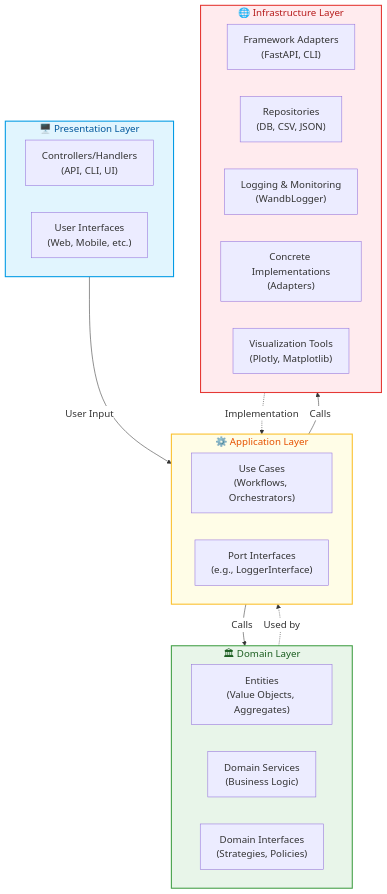
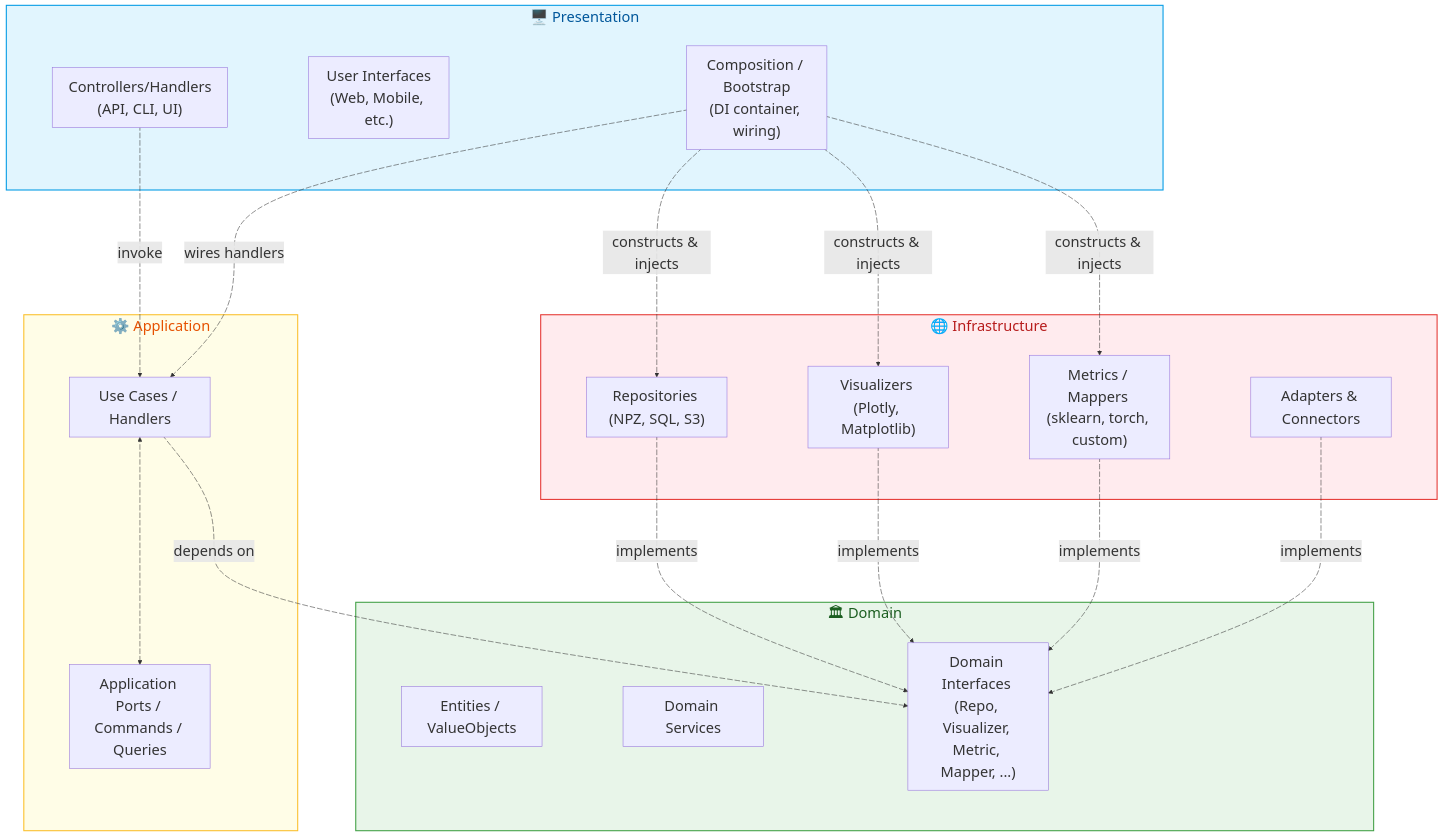
One commit to Nicola-Ibrahim/Tracing-Objectives-Backwards changed the diagram in docs/concepts/ddd-architecture-guide.md. Above: the diagram before and after it, drawn with Mermaid.

Commit message:
Update Domain Driven Design architecture diagram

````diff
--- a/docs/concepts/ddd-architecture-guide.md
+++ b/docs/concepts/ddd-architecture-guide.md
@@ -162,44 +162,69 @@
 ```mermaid
-%%{init: {"theme": "default", "themeVariables": { "primaryColor": "#E3F2FD", "edgeLabelBackground": "#ffffff", "tertiaryColor": "#f8f8f8", "fontFamily": "Inter, Arial, sans-serif", "fontSize": "18px" }}}%%
+%%{init: {
+  "theme": "default",
+  "themeVariables": { "primaryColor": "#E3F2FD", "fontFamily": "Inter, Arial, sans-serif", "fontSize": "27px" },
+  "flowchart": { "nodeSpacing": 150, "rankSpacing": 150 }
+}}%%
+
 flowchart TD
     classDef domain fill:#E8F5E9,stroke:#43A047,stroke-width:2px,color:#1B5E20
     classDef application fill:#FFFDE7,stroke:#FBC02D,stroke-width:2px,color:#E65100
     classDef infrastructure fill:#FFEBEE,stroke:#E53935,stroke-width:2px,color:#B71C1C
     classDef presentation fill:#E1F5FE,stroke:#039BE5,stroke-width:2px,color:#01579B
 
-    subgraph P["🖥️ Presentation Layer"]
+    subgraph P["🖥️ Presentation"]
         P1["Controllers/Handlers<br>(API, CLI, UI)"]
         P2["User Interfaces<br>(Web, Mobile, etc.)"]
+        P3["Composition / Bootstrap<br>(DI container, wiring)"]
     end
 
-    subgraph A["⚙️ Application Layer"]
-        A1["Use Cases<br>(Workflows, Orchestrators)"]
-        A2["Port Interfaces<br>(e.g., LoggerInterface)"]
+    subgraph A["⚙️ Application"]
+      A1["Use Cases / Handlers"]
+      A2["Application Ports / Commands / Queries"]
+      A1 <--> A2
     end
 
-    subgraph D["🏛 Domain Layer"]
-        D1["Entities<br>(Value Objects, Aggregates)"]
-        D2["Domain Services<br>(Business Logic)"]
-        D3["Domain Interfaces<br>(Strategies, Policies)"]
-    end
-    
-    subgraph I["🌐 Infrastructure Layer"]
-        I1["Framework Adapters<br>(FastAPI, CLI)"]
-        I2["Repositories<br>(DB, CSV, JSON)"]
-        I3["Logging & Monitoring<br>(WandbLogger)"]
-        I4["Concrete Implementations<br>(Adapters)"]
-        I5["Visualization Tools<br>(Plotly, Matplotlib)"]
+
+    subgraph D["🏛 Domain"]
+        D1["Entities / ValueObjects"]
+        D2["Domain Services"]
+        D3["Domain Interfaces (Repo, Visualizer, Metric, Mapper, ...)"]
     end
 
-    P -->|User Input| A
-    A -->|Calls| D
-    A -->|Calls| I
-    I -.->|Implementation| A
-    D -.->|Used by| A
+    subgraph I["🌐 Infrastructure"]
+        I1["Repositories (NPZ, SQL, S3)"]
+        I2["Visualizers (Plotly, Matplotlib)"]
+        I3["Metrics / Mappers (sklearn, torch, custom)"]
+        I4["Adapters & Connectors"]
+    end
+
+    P1 -->|invoke| A1
+    A1 -->|depends on| D3
+    I1 -->|implements| D3
+    I2 -->|implements| D3
+    I3 -->|implements| D3
+    I4 -->|implements| D3
+    P3 -->|constructs & injects| I1
+    P3 -->|constructs & injects| I2
+    P3 -->|constructs & injects| I3
+    P3 -->|wires handlers| A1
 
     class P presentation
     class A application
     class D domain
     class I infrastructure
 
+    L_I1_D3_0@{ animation: slow }
+    L_I2_D3_0@{ animation: slow }
+    L_I3_D3_0@{ animation: slow }
+    L_I4_D3_0@{ animation: slow }
+    L_P1_A1_0@{ animation: slow }
+    L_A1_D3_0@{ animation: slow }
+    L_P3_I1_0@{ animation: slow }
+    L_P3_I2_0@{ animation: slow }
+    L_P3_I3_0@{ animation: slow }
+    L_P3_A1_0@{ animation: slow }
+    L_A1_A2_0@{ animation: slow }
+    
+
 ```
````
